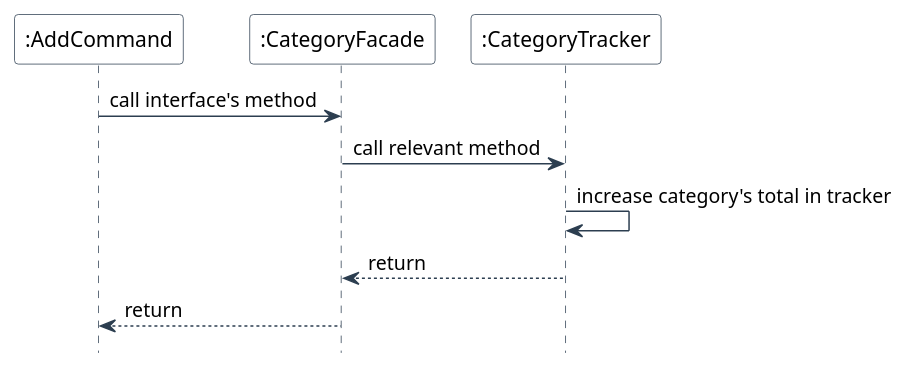
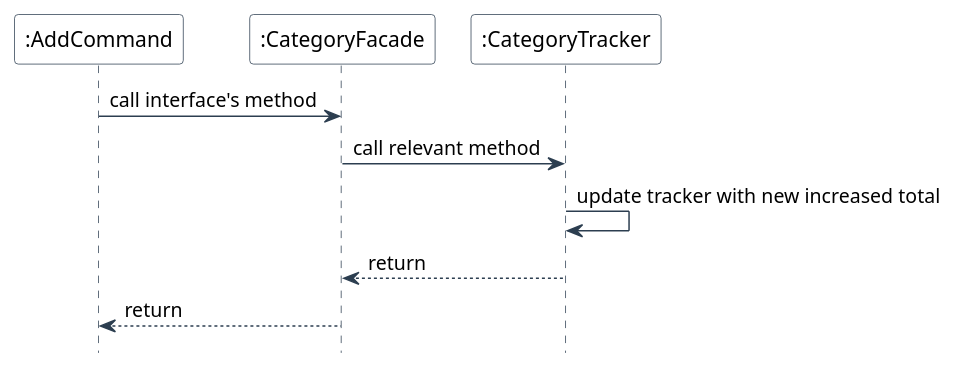
The diagram in docs/diagrams/plantuml/CategoryFacade Add SequenceUML.puml (nus-cs2113-AY2425S1/tp), drawn with PlantUML before and after one commit. The commit also changed 5 other files, not shown here.

Commit message:
Update category sequence UMLs for Add, Delete, Edit

```diff
--- a/docs/diagrams/plantuml/CategoryFacade Add SequenceUML.puml
+++ b/docs/diagrams/plantuml/CategoryFacade Add SequenceUML.puml
@@ -1,22 +1,22 @@
 @startuml
 skinparam backgroundColor #FFFFFF
 skinparam sequence {
     ArrowColor #2C3E50
     LifeLineBorderColor #2C3E50
     ParticipantBorderColor #2C3E50
     ParticipantBackgroundColor #FFFFFF
 }
 hide footbox
 
 participant ":AddCommand" as AC
 participant ":CategoryFacade" as CF
 participant ":CategoryTracker" as CT
 ' participant ":CategoryData" as CD
 
 AC -> CF: call interface's method
 CF -> CT: call relevant method
-CT -> CT: increase category's total in tracker
+CT -> CT: update tracker with new increased total
 CT --> CF: return
 CF --> AC: return
 
 @enduml
```
